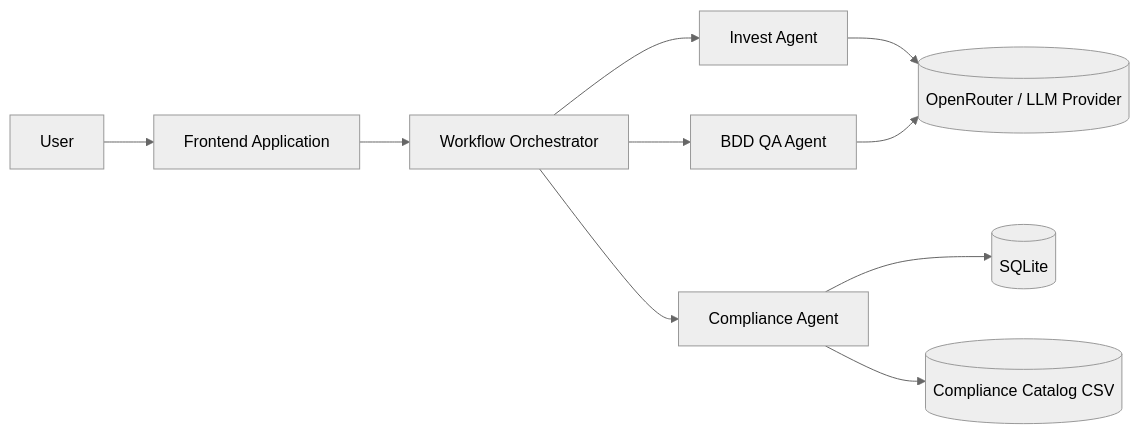
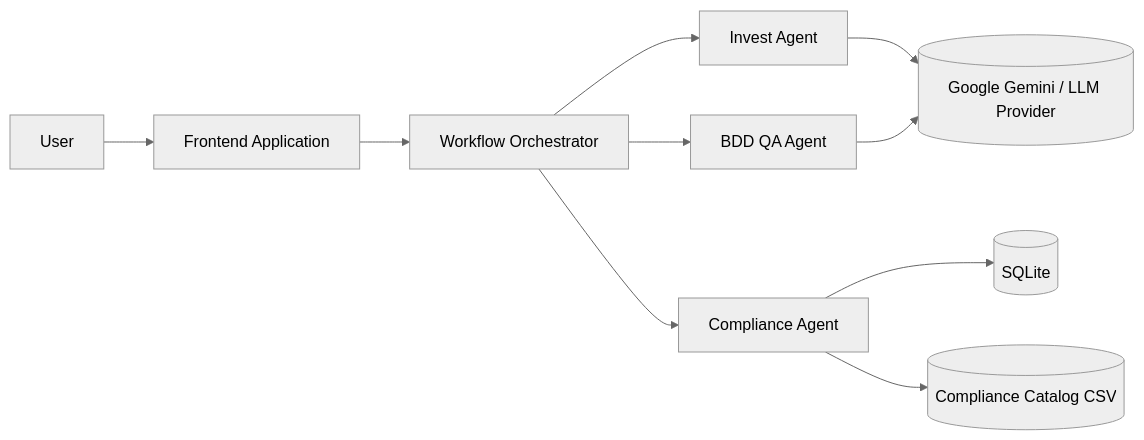
Before and after one commit to igusouz/talp-agents-mvp: the first of 6 diagrams in docs/diagrams.md, drawn with Mermaid (neutral theme). The commit also changed other lines of this file and 16 other files, not shown here.

````diff
--- a/docs/diagrams.md
+++ b/docs/diagrams.md
@@ -7,12 +7,12 @@
 ```mermaid
 flowchart LR
   U[User] --> FE[Frontend Application]
   FE --> ORCH[Workflow Orchestrator]
   ORCH --> INV[Invest Agent]
   ORCH --> COMP[Compliance Agent]
   ORCH --> BDD[BDD QA Agent]
   COMP --> DB[(SQLite)]
   COMP --> CAT[(Compliance Catalog CSV)]
-  INV --> LLM[(OpenRouter / LLM Provider)]
+  INV --> LLM[(Google Gemini / LLM Provider)]
   BDD --> LLM
 ```
````
